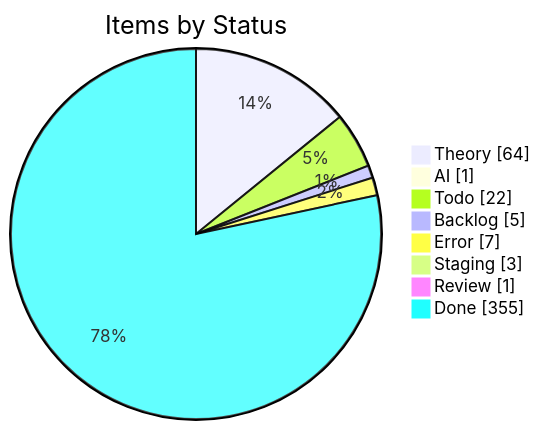
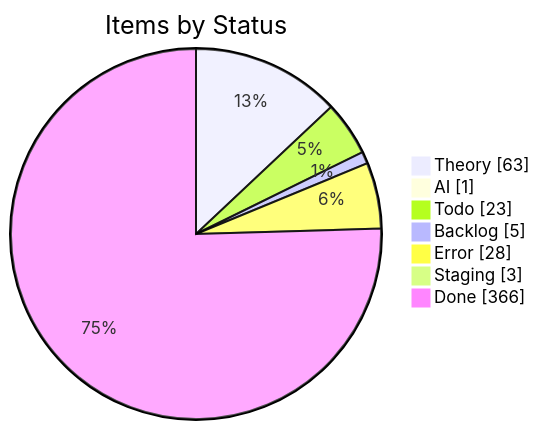
The first of 4 diagrams in apps/kbve/astro-kbve/src/content/docs/dashboard/kanban-data.mdx (KBVE/kbve), drawn with Mermaid before and after one commit. The commit also changed other lines of this file and 8 other files, not shown here.

````diff
--- a/apps/kbve/astro-kbve/src/content/docs/dashboard/kanban-data.mdx
+++ b/apps/kbve/astro-kbve/src/content/docs/dashboard/kanban-data.mdx
@@ -55,12 +55,11 @@
 ```mermaid
 pie showData
     title Items by Status
-    "Theory" : 64
+    "Theory" : 63
     "AI" : 1
-    "Todo" : 22
+    "Todo" : 23
     "Backlog" : 5
-    "Error" : 7
+    "Error" : 28
     "Staging" : 3
-    "Review" : 1
-    "Done" : 355
+    "Done" : 366
 ```
````
